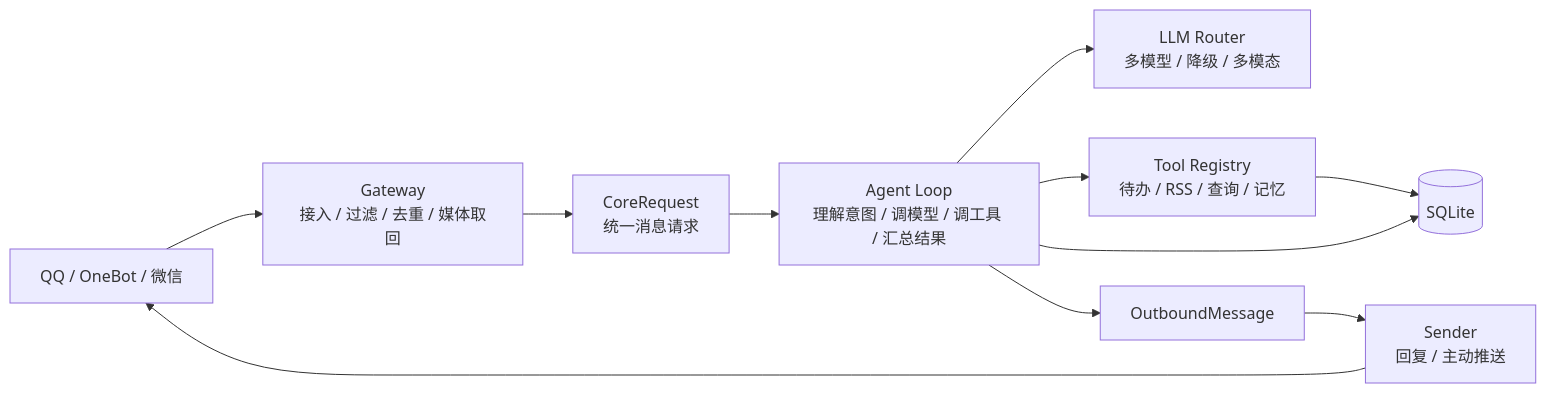
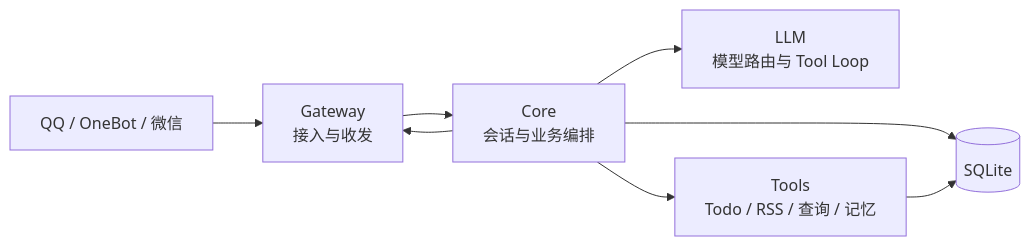
The diagram in README.md (kuliantnt/qq-maid-bot), drawn with Mermaid before and after one commit. The commit also changed other lines of this file, not shown here.

````diff
--- a/README.md
+++ b/README.md
@@ -268,18 +152,10 @@
 ```mermaid
 flowchart LR
-    platform["QQ / OneBot / 微信"] --> gateway["Gateway<br/>接入 / 过滤 / 去重 / 媒体取回"]
-    gateway --> request["CoreRequest<br/>统一消息请求"]
-
-    agent["Agent Loop<br/>理解意图 / 调模型 / 调工具 / 汇总结果"]
-
-    request --> agent
-    agent --> llm["LLM Router<br/>多模型 / 降级 / 多模态"]
-    agent --> tools["Tool Registry<br/>待办 / RSS / 查询 / 记忆"]
-
-    tools --> db[(SQLite)]
-    agent --> db
-
-    agent --> outbound["OutboundMessage"]
-    outbound --> sender["Sender<br/>回复 / 主动推送"]
-    sender --> platform
+    platform["QQ / OneBot / 微信"] --> gateway["Gateway<br/>接入与收发"]
+    gateway --> core["Core<br/>会话与业务编排"]
+    core --> llm["LLM<br/>模型路由与 Tool Loop"]
+    core --> tools["Tools<br/>Todo / RSS / 查询 / 记忆"]
+    core --> db[(SQLite)]
+    tools --> db
+    core --> gateway
 ```
````
